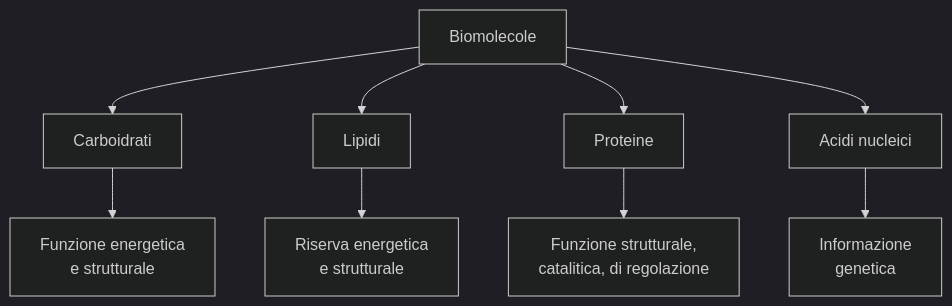
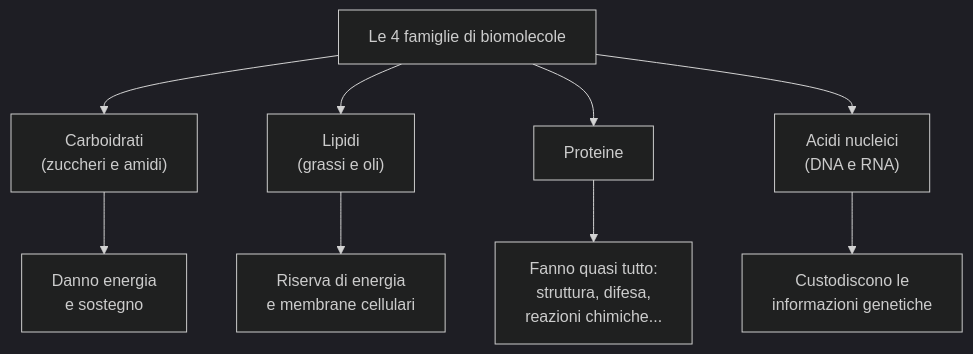
Before and after one commit to nadiadba/nadia-secondbrain: the first of 4 diagrams in docs/scienze/biochimica/biomolecole.md, drawn with Mermaid (dark theme). The commit also changed other lines of this file, not shown here.

````diff
--- a/docs/scienze/biochimica/biomolecole.md
+++ b/docs/scienze/biochimica/biomolecole.md
@@ -7,11 +7,11 @@
 ```mermaid
 flowchart TD
-    A["Biomolecole"] --> B["Carboidrati"]
-    A --> C["Lipidi"]
+    A["Le 4 famiglie di biomolecole"] --> B["Carboidrati<br>(zuccheri e amidi)"]
+    A --> C["Lipidi<br>(grassi e oli)"]
     A --> D["Proteine"]
-    A --> E["Acidi nucleici"]
-    B --> B1["Funzione energetica<br>e strutturale"]
-    C --> C1["Riserva energetica<br>e strutturale"]
-    D --> D1["Funzione strutturale,<br>catalitica, di regolazione"]
-    E --> E1["Informazione<br>genetica"]
+    A --> E["Acidi nucleici<br>(DNA e RNA)"]
+    B --> B1["Danno energia<br>e sostegno"]
+    C --> C1["Riserva di energia<br>e membrane cellulari"]
+    D --> D1["Fanno quasi tutto:<br>struttura, difesa,<br>reazioni chimiche..."]
+    E --> E1["Custodiscono le<br>informazioni genetiche"]
 ```
````
